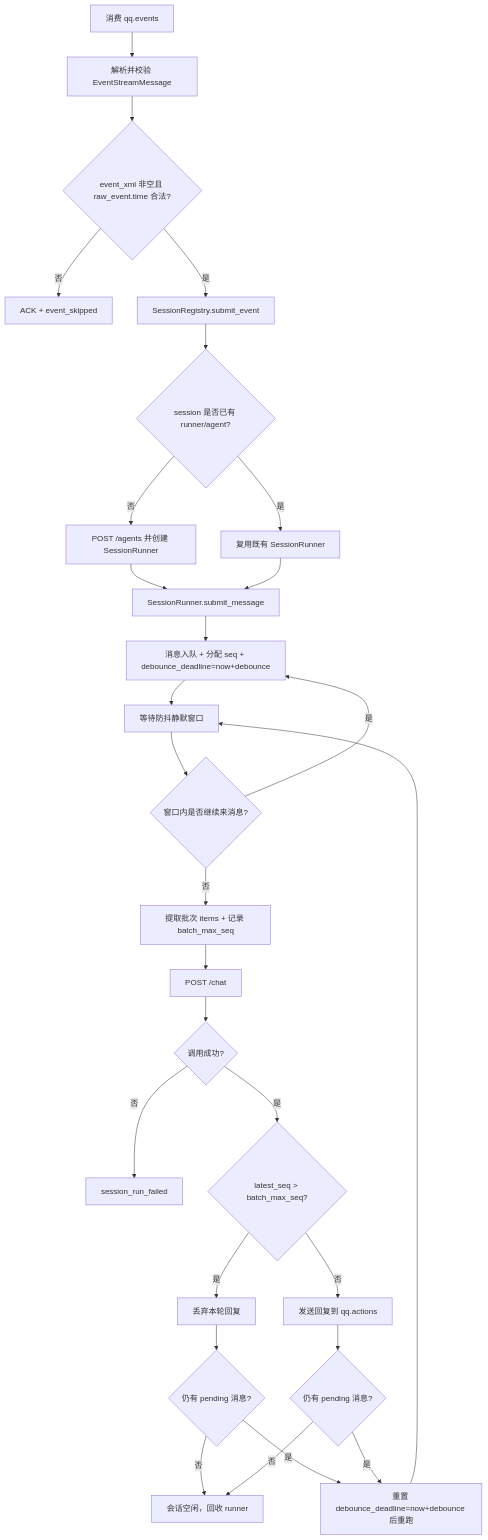
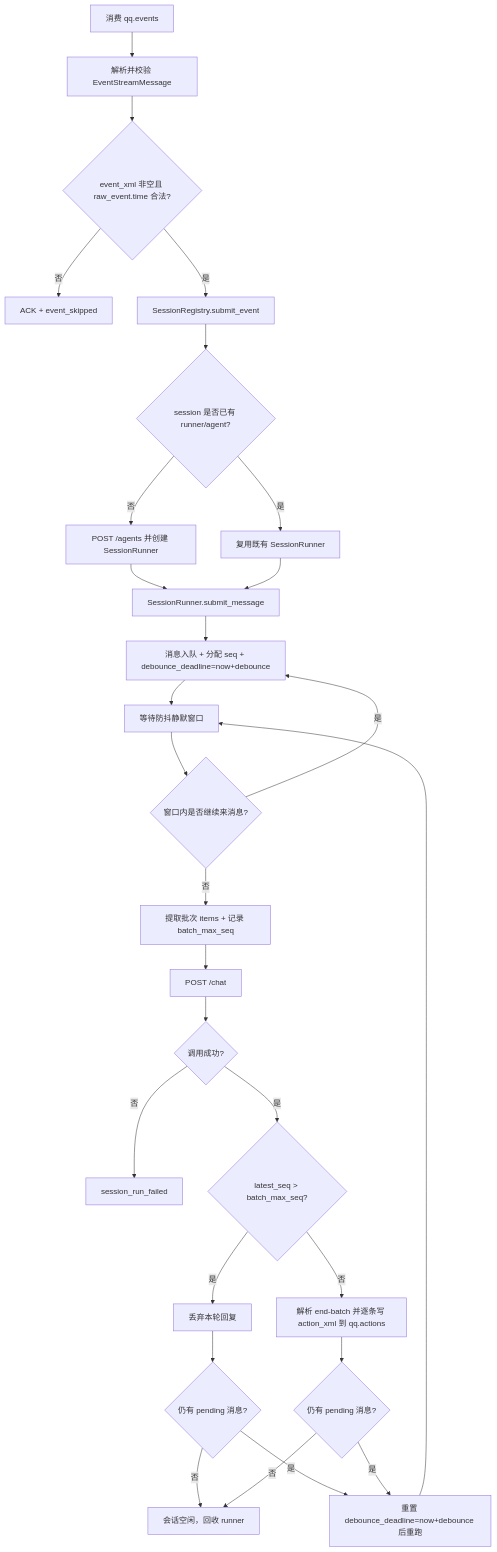
The first of 2 diagrams in docs/hub-service.md (tamakara/AIChan), drawn with Mermaid before and after one commit. The commit also changed other lines of this file and 23 other files, not shown here.

````diff
--- a/docs/hub-service.md
+++ b/docs/hub-service.md
@@ -88,32 +95,32 @@
 ```mermaid
 flowchart TD
     A[消费 qq.events] --> B[解析并校验 EventStreamMessage]
     B --> C{event_xml 非空且 raw_event.time 合法?}
     C -->|否| D[ACK + event_skipped]
     C -->|是| E[SessionRegistry.submit_event]
 
     E --> F{session 是否已有 runner/agent?}
     F -->|否| G[POST /agents 并创建 SessionRunner]
     F -->|是| H[复用既有 SessionRunner]
     G --> I[SessionRunner.submit_message]
     H --> I
 
     I --> J[消息入队 + 分配 seq + debounce_deadline=now+debounce]
     J --> K[等待防抖静默窗口]
     K --> L{窗口内是否继续来消息?}
     L -->|是| J
     L -->|否| M[提取批次 items + 记录 batch_max_seq]
     M --> N[POST /chat]
     N --> O{调用成功?}
     O -->|否| P[session_run_failed]
     O -->|是| Q{latest_seq > batch_max_seq?}
     Q -->|是| R[丢弃本轮回复]
-    Q -->|否| S[发送回复到 qq.actions]
+    Q -->|否| S[解析 end-batch 并逐条写 action_xml 到 qq.actions]
     R --> T{仍有 pending 消息?}
     T -->|是| U[重置 debounce_deadline=now+debounce 后重跑]
     T -->|否| V[会话空闲，回收 runner]
     U --> K
     S --> W{仍有 pending 消息?}
     W -->|是| U
     W -->|否| V
 ```
````
